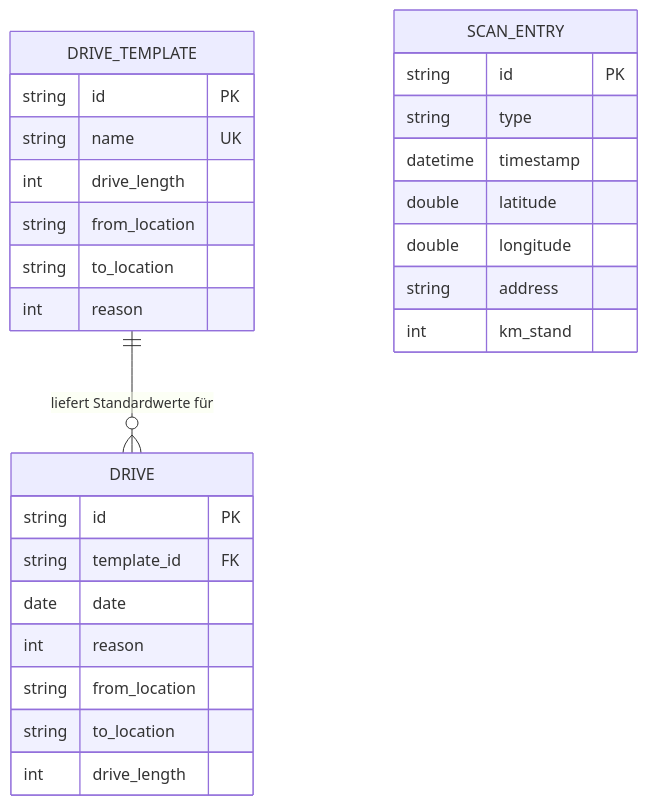
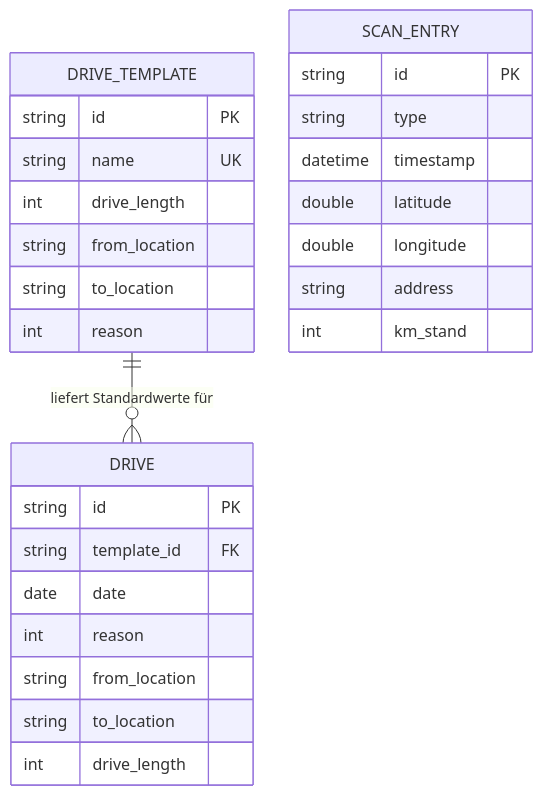
One commit to foto-andreas/Drives changed the diagram in docs/server/data-model.md. Above: the diagram before and after it, drawn with Mermaid. The commit also changed 5 other files, not shown here.

````diff
--- a/docs/server/data-model.md
+++ b/docs/server/data-model.md
@@ -7,30 +7,34 @@
 ```mermaid
+---
+config:
+  layout: elk
+---
 erDiagram
     DRIVE_TEMPLATE ||--o{ DRIVE : "liefert Standardwerte für"
     SCAN_ENTRY {
         string id PK
         string type
         datetime timestamp
         double latitude
         double longitude
         string address
         int km_stand
     }
     DRIVE_TEMPLATE {
         string id PK
         string name UK
         int drive_length
         string from_location
         string to_location
         int reason
     }
     DRIVE {
         string id PK
         string template_id FK
         date date
         int reason
         string from_location
         string to_location
         int drive_length
     }
 ```
````
